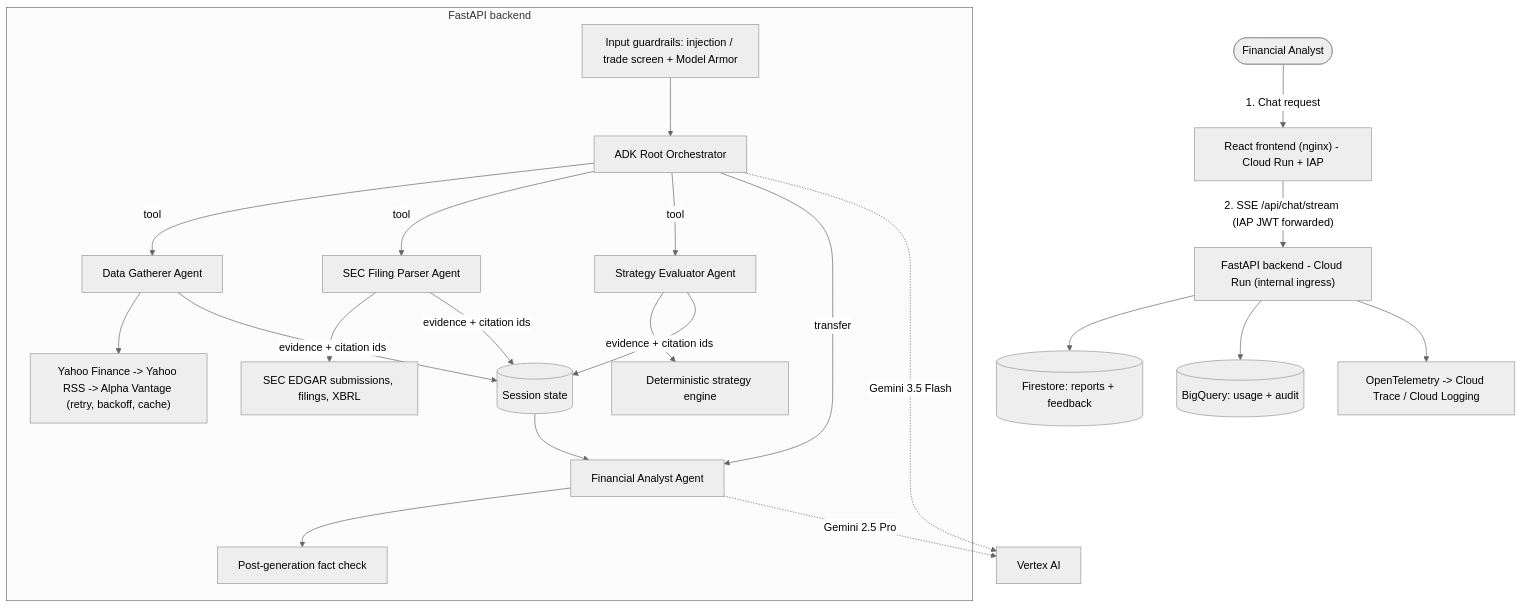
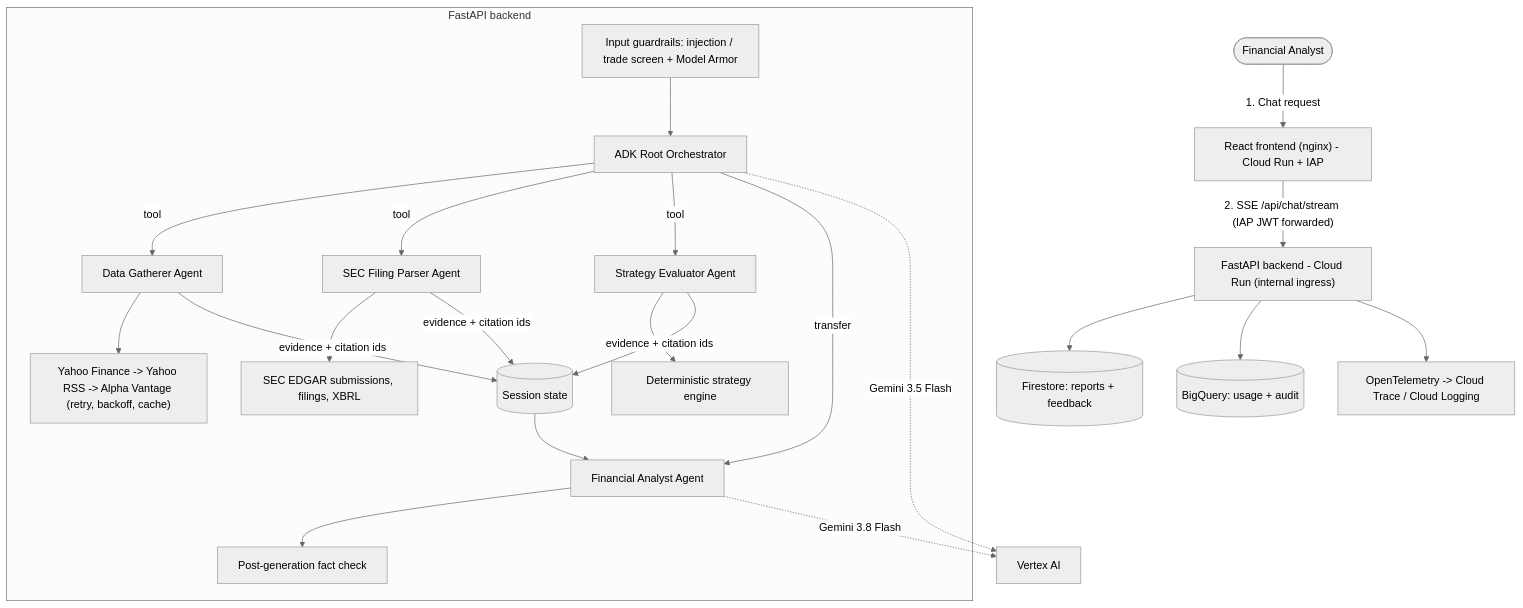
Before and after one commit to usaidhmalik-google/investment-analyst: the diagram in README.md, drawn with Mermaid (neutral theme). The commit also changed other lines of this file and 10 other files, not shown here.

Commit message:
Align docs, cost estimation, and OTel routing with Gemini 3.8 Flash and measured eval results

````diff
--- a/README.md
+++ b/README.md
@@ -11,23 +11,23 @@
 ```mermaid
 graph TD
     User([Financial Analyst]) -->|1. Chat request| FE["React frontend (nginx) - Cloud Run + IAP"]
     FE -->|"2. SSE /api/chat/stream (IAP JWT forwarded)"| BE["FastAPI backend - Cloud Run (internal ingress)"]
     subgraph Backend ["FastAPI backend"]
         GR["Input guardrails: injection / trade screen + Model Armor"] --> OR[ADK Root Orchestrator]
         OR -->|tool| DGA[Data Gatherer Agent]
         OR -->|tool| SEC[SEC Filing Parser Agent]
         OR -->|tool| STR[Strategy Evaluator Agent]
         DGA --> MKT["Yahoo Finance -> Yahoo RSS -> Alpha Vantage (retry, backoff, cache)"]
         SEC --> EDGAR["SEC EDGAR submissions, filings, XBRL"]
         STR --> ENG["Deterministic strategy engine"]
         DGA & SEC & STR -->|evidence + citation ids| ST[(Session state)]
         OR -->|transfer| FAA[Financial Analyst Agent]
         ST --> FAA
         FAA --> FC["Post-generation fact check"]
     end
-    FAA -.->|Gemini 2.5 Pro| VAI[Vertex AI]
+    FAA -.->|Gemini 3.8 Flash| VAI[Vertex AI]
     OR -.->|Gemini 3.5 Flash| VAI
     BE --> FS[(Firestore: reports + feedback)]
     BE --> BQ[(BigQuery: usage + audit)]
     BE --> CT[OpenTelemetry -> Cloud Trace / Cloud Logging]
 ```
````
